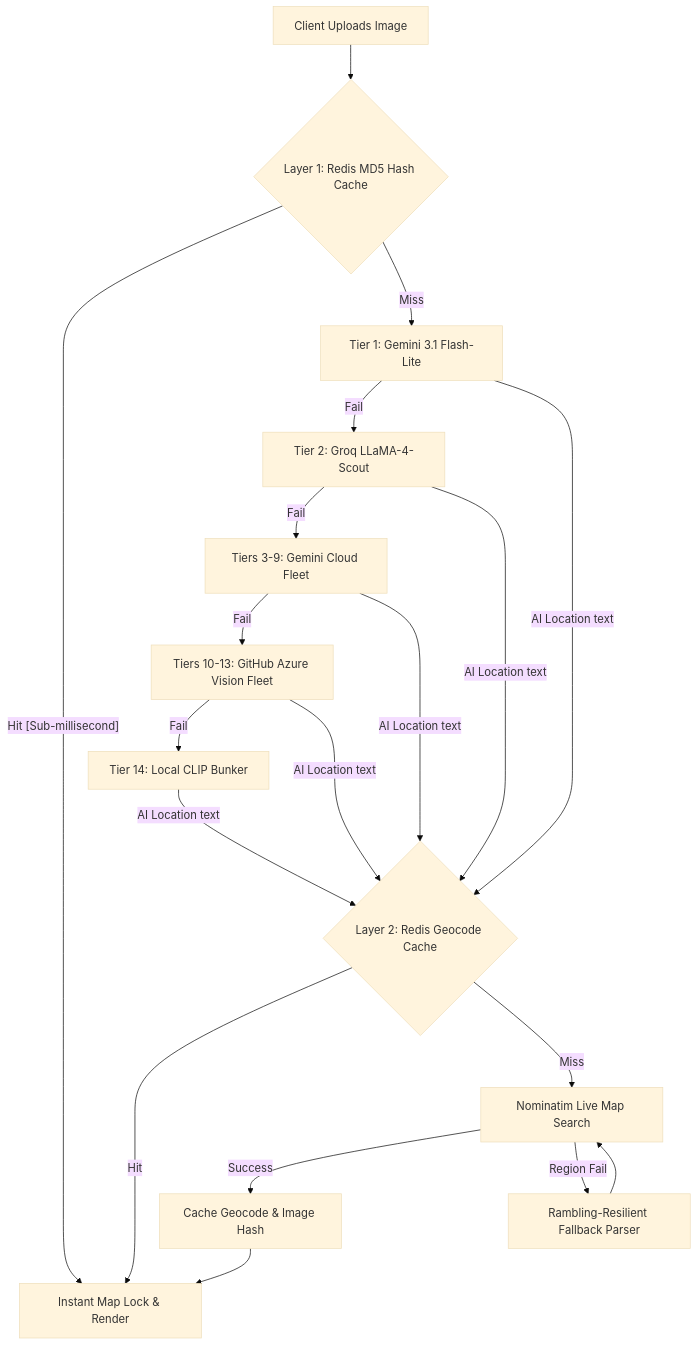
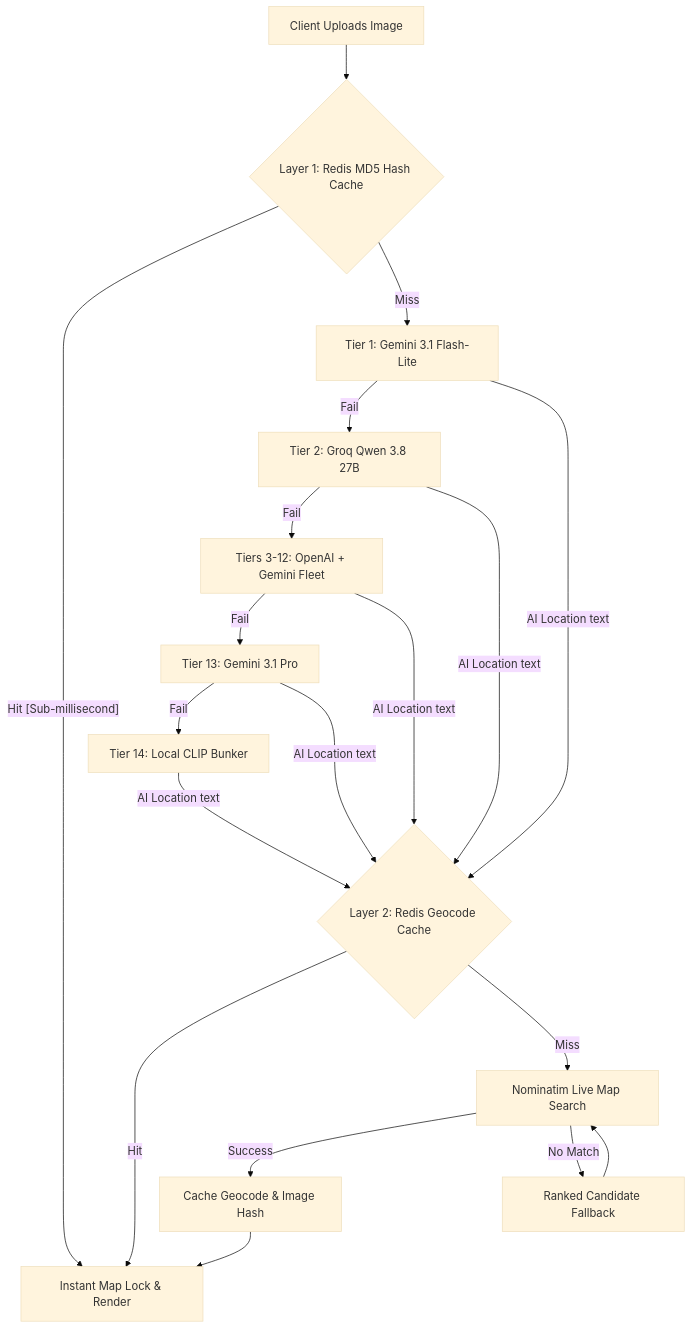
One commit to velo4705/Pinpoint changed the diagram in README.md. Above: the diagram before and after it, drawn with Mermaid (base theme). The commit also changed other lines of this file and 9 other files, not shown here.

````diff
--- a/README.md
+++ b/README.md
@@ -21,17 +34,17 @@
 ```mermaid
 graph TD
     A[Client Uploads Image] --> B{Layer 1: Redis MD5 Hash Cache}
     B -- Hit [Sub-millisecond] --> C[Instant Map Lock & Render]
     B -- Miss --> D[Tier 1: Gemini 3.1 Flash-Lite]
-    
-    D -- Fail --> E[Tier 2: Groq LLaMA-4-Scout]
-    E -- Fail --> F[Tiers 3-9: Gemini Cloud Fleet]
-    F -- Fail --> G[Tiers 10-13: GitHub Azure Vision Fleet]
+
+    D -- Fail --> E[Tier 2: Groq Qwen 3.8 27B]
+    E -- Fail --> F[Tiers 3-12: OpenAI + Gemini Fleet]
+    F -- Fail --> G[Tier 13: Gemini 3.1 Pro]
     G -- Fail --> H[Tier 14: Local CLIP Bunker]
-    
+
     D & E & F & G & H -- AI Location text --> I{Layer 2: Redis Geocode Cache}
     I -- Hit --> C
     I -- Miss --> J[Nominatim Live Map Search]
     J -- Success --> K[Cache Geocode & Image Hash] --> C
-    J -- Region Fail --> L[Rambling-Resilient Fallback Parser] --> J
+    J -- No Match --> L[Ranked Candidate Fallback] --> J
 ```
````
